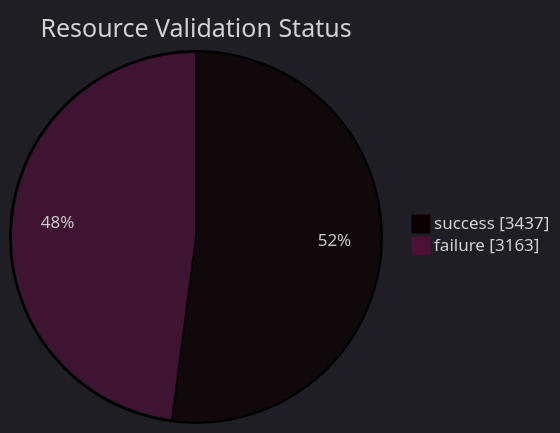
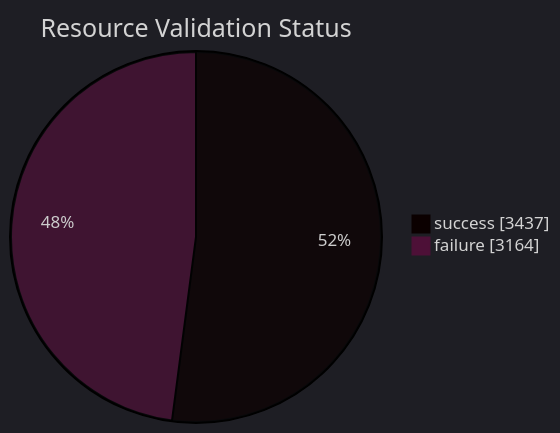
The diagram in datastore_tracker/resource_validation_status_pie_chart.md (open-data/analytics-corporate-reporting), drawn with Mermaid before and after one commit. The commit also changed 7 other files, not shown here.

````diff
--- a/datastore_tracker/resource_validation_status_pie_chart.md
+++ b/datastore_tracker/resource_validation_status_pie_chart.md
@@ -2,9 +2,9 @@
 ```mermaid
 ---
 config:
   theme: dark
 ---
 pie showData title Resource Validation Status
     "success": 3437
-    "failure": 3163
+    "failure": 3164
 ```
````
